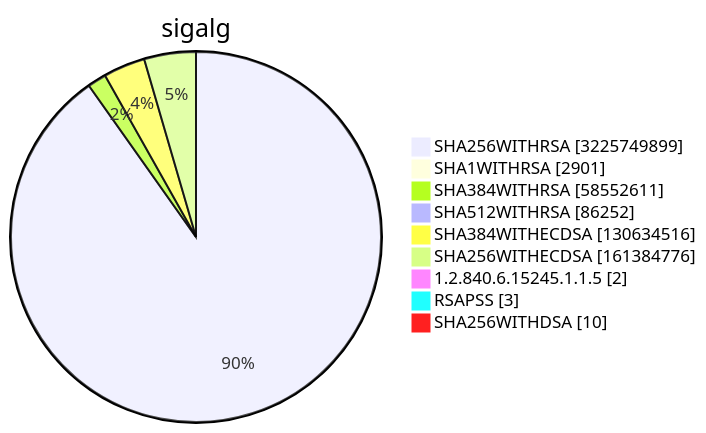
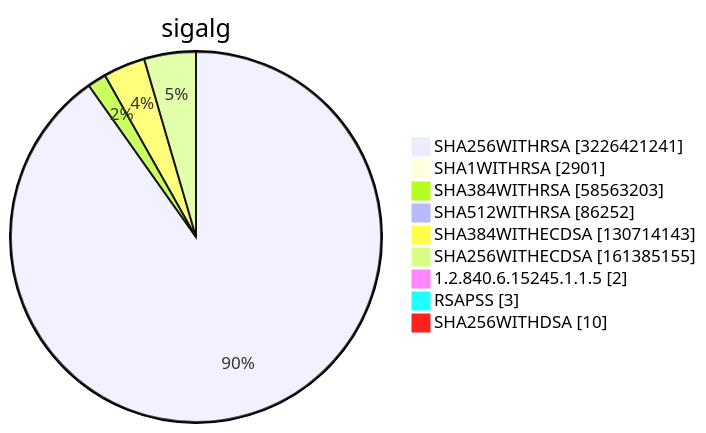
Before and after one commit to christiankrug/ctmonitor_visualization: diagram 15 of 15 in TOTAL/README.md, drawn with Mermaid. The commit also changed other lines of this file, not shown here.

````diff
--- a/TOTAL/README.md
+++ b/TOTAL/README.md
@@ -6217,13 +6217,13 @@
 ```mermaid
 pie showData
 title sigalg
-"SHA256WITHRSA" :3225749899
+"SHA256WITHRSA" :3226421241
 "SHA1WITHRSA" :2901
-"SHA384WITHRSA" :58552611
+"SHA384WITHRSA" :58563203
 "SHA512WITHRSA" :86252
-"SHA384WITHECDSA" :130634516
-"SHA256WITHECDSA" :161384776
+"SHA384WITHECDSA" :130714143
+"SHA256WITHECDSA" :161385155
 "1.2.840.6.15245.1.1.5" :2
 "RSAPSS" :3
 "SHA256WITHDSA" :10
 ```
````
